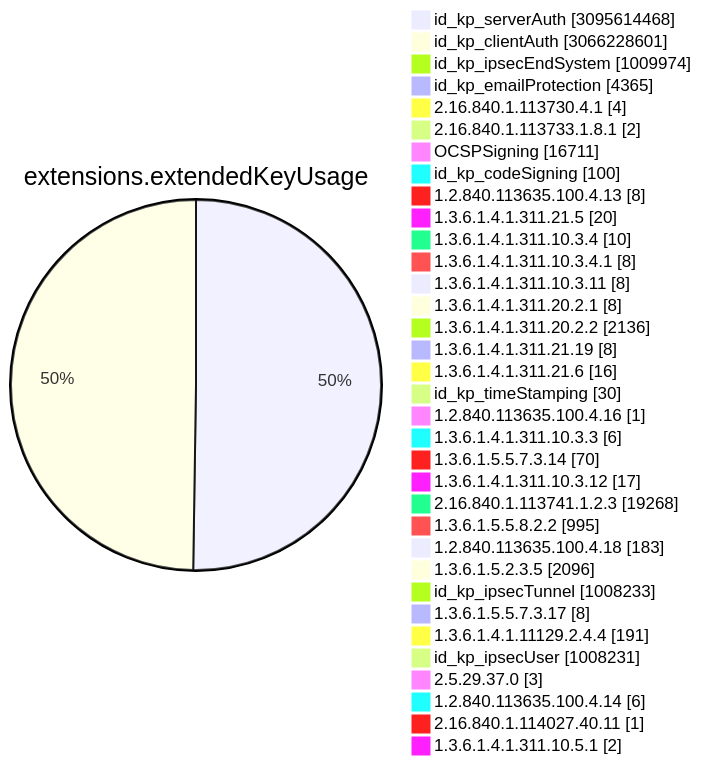
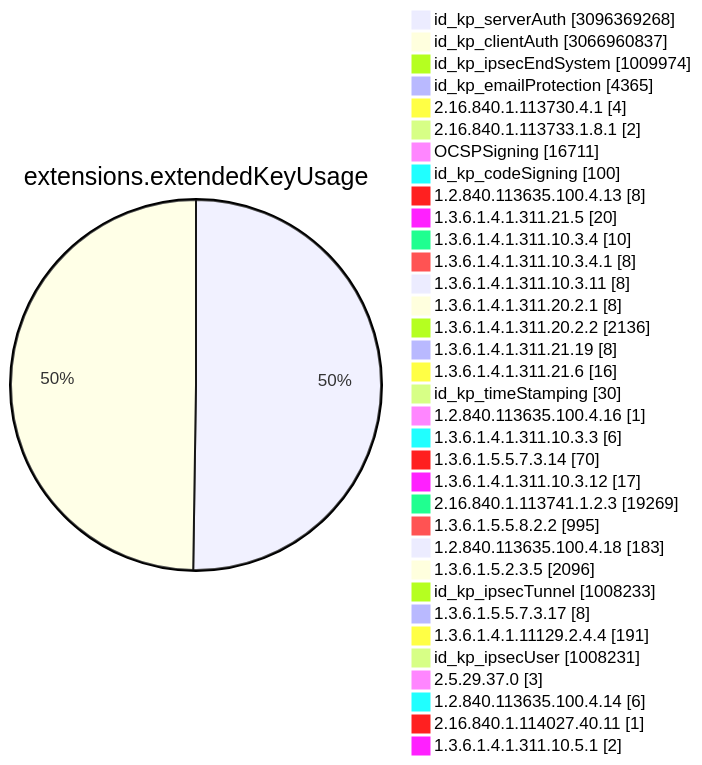
Before and after one commit to christiankrug/ctmonitor_visualization: diagram 11 of 15 in TOTAL/README.md, drawn with Mermaid. The commit also changed other lines of this file, not shown here.

````diff
--- a/TOTAL/README.md
+++ b/TOTAL/README.md
@@ -4117,38 +4117,38 @@
 ```mermaid
 pie showData
 title extensions.extendedKeyUsage
-"id_kp_serverAuth" :3095614468
-"id_kp_clientAuth" :3066228601
+"id_kp_serverAuth" :3096369268
+"id_kp_clientAuth" :3066960837
 "id_kp_ipsecEndSystem" :1009974
 "id_kp_emailProtection" :4365
 "2.16.840.1.113730.4.1" :4
 "2.16.840.1.113733.1.8.1" :2
 "OCSPSigning" :16711
 "id_kp_codeSigning" :100
 "1.2.840.113635.100.4.13" :8
 "1.3.6.1.4.1.311.21.5" :20
 "1.3.6.1.4.1.311.10.3.4" :10
 "1.3.6.1.4.1.311.10.3.4.1" :8
 "1.3.6.1.4.1.311.10.3.11" :8
 "1.3.6.1.4.1.311.20.2.1" :8
 "1.3.6.1.4.1.311.20.2.2" :2136
 "1.3.6.1.4.1.311.21.19" :8
 "1.3.6.1.4.1.311.21.6" :16
 "id_kp_timeStamping" :30
 "1.2.840.113635.100.4.16" :1
 "1.3.6.1.4.1.311.10.3.3" :6
 "1.3.6.1.5.5.7.3.14" :70
 "1.3.6.1.4.1.311.10.3.12" :17
-"2.16.840.1.113741.1.2.3" :19268
+"2.16.840.1.113741.1.2.3" :19269
 "1.3.6.1.5.5.8.2.2" :995
 "1.2.840.113635.100.4.18" :183
 "1.3.6.1.5.2.3.5" :2096
 "id_kp_ipsecTunnel" :1008233
 "1.3.6.1.5.5.7.3.17" :8
 "1.3.6.1.4.1.11129.2.4.4" :191
 "id_kp_ipsecUser" :1008231
 "2.5.29.37.0" :3
 "1.2.840.113635.100.4.14" :6
 "2.16.840.1.114027.40.11" :1
 "1.3.6.1.4.1.311.10.5.1" :2
 ```
````
